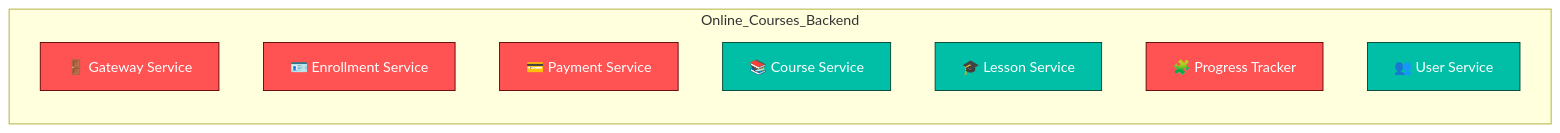
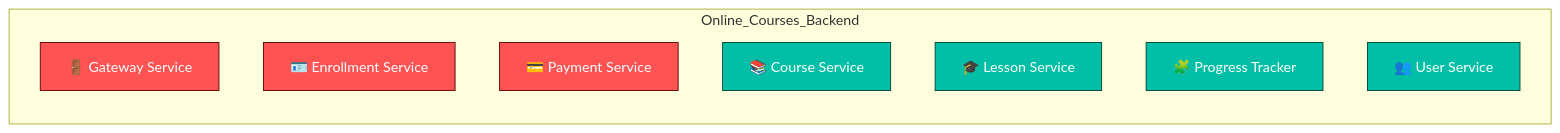
The diagram in PROGRESS_OUTLOOK.md (SouradipPatra7904/Online_Courses_Backend), drawn with Mermaid before and after one commit. The commit also changed other lines of this file and 2 other files, not shown here.

````diff
--- a/PROGRESS_OUTLOOK.md
+++ b/PROGRESS_OUTLOOK.md
@@ -6,17 +6,17 @@
 ```mermaid
 flowchart LR
     subgraph G[Online_Courses_Backend]
         gateway_service[🚪 Gateway Service]:::todo
         enrollment_service[🪪 Enrollment Service]:::todo
         payment_service[💳 Payment Service]:::todo
         course_service[📚 Course Service]:::done
         lesson_service[🎓 Lesson Service]:::done
-        progress_service[🧩 Progress Tracker]:::todo
+        progress_service[🧩 Progress Tracker]:::done
         user_service[👥 User Service]:::done
     end
 
     classDef done fill:#00BFA6,stroke:#003F2E,color:#fff;
     classDef in_progress fill:#FFD54F,stroke:#7B5E00,color:#000;
     classDef todo fill:#FF5252,stroke:#5A0000,color:#fff;
     classDef planned fill:#9E9E9E,stroke:#2F2F2F,color:#fff;
 ```
````
